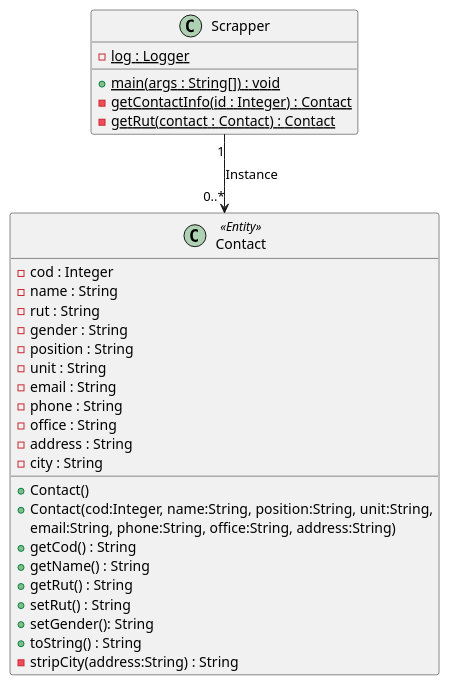
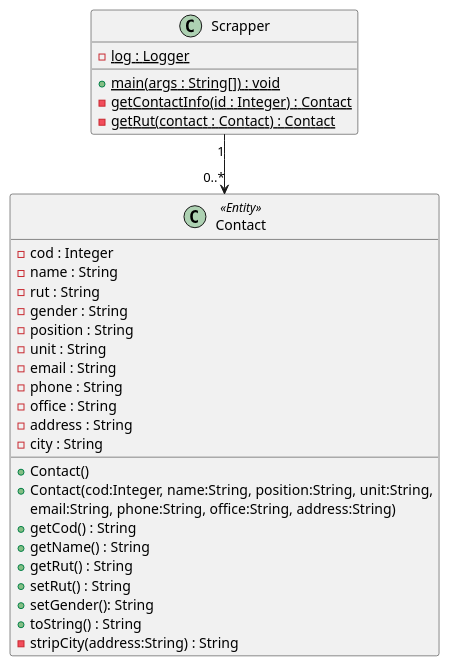
The diagram in scrapper/scrapper-class-diagram.plantuml (patoarayas/ucn-parking), drawn with PlantUML before and after one commit. The commit also changed 1 other file, not shown here.

Commit message:
docs(uml): update diagrams

```diff
--- a/scrapper/scrapper-class-diagram.plantuml
+++ b/scrapper/scrapper-class-diagram.plantuml
@@ -1,37 +1,37 @@
 @startuml diagram
 
 class Contact <<Entity>> {
  - cod : Integer
  - name : String
  - rut : String
  - gender : String
  - position : String
  - unit : String
  - email : String
  - phone : String
  - office : String
  - address : String
  - city : String
  + Contact()
  + Contact(cod:Integer, name:String, position:String, unit:String,
   email:String, phone:String, office:String, address:String)
  + getCod() : String
  + getName() : String
  + getRut() : String
  + setRut() : String
  + setGender(): String
  + toString() : String
  - stripCity(address:String) : String
 
 }
 
 class Scrapper {
  - {static} log : Logger
  + {static} main(args : String[]) : void
  - {static} getContactInfo(id : Integer) : Contact
  - {static} getRut(contact : Contact) : Contact
 }
 
-Scrapper "1" --> "0..*" Contact: Instance
+Scrapper "1" --> "0..*" Contact
 
 @enduml
```
